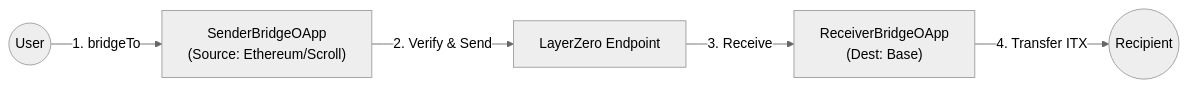
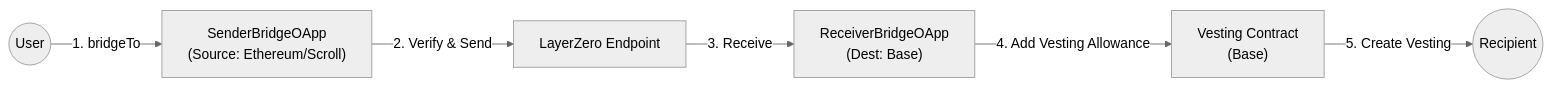
Before and after one commit to InternetMaximalism/intmax2-itx-bridge-contract: the diagram in README.md, drawn with Mermaid (neutral theme). The commit also changed other lines of this file and 10 other files, not shown here.

````diff
--- a/README.md
+++ b/README.md
@@ -11,7 +11,8 @@
 ```mermaid
 graph LR
     User((User)) --> |1. bridgeTo| Sender["SenderBridgeOApp<br>(Source: Ethereum/Scroll)"]
     Sender --> |2. Verify & Send| LZ[LayerZero Endpoint]
     LZ --> |3. Receive| Receiver["ReceiverBridgeOApp<br>(Dest: Base)"]
-    Receiver --> |4. Transfer ITX| Recipient((Recipient))
+    Receiver --> |4. Add Vesting Allowance| Vesting["Vesting Contract<br>(Base)"]
+    Vesting --> |5. Create Vesting| Recipient((Recipient))
 ```
````
